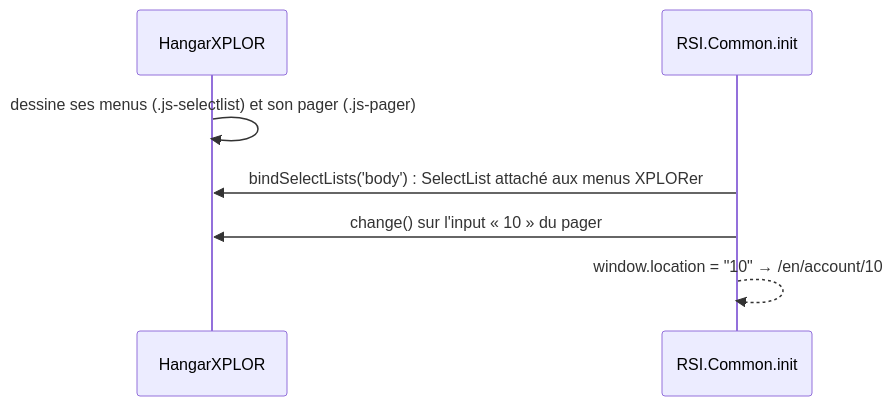
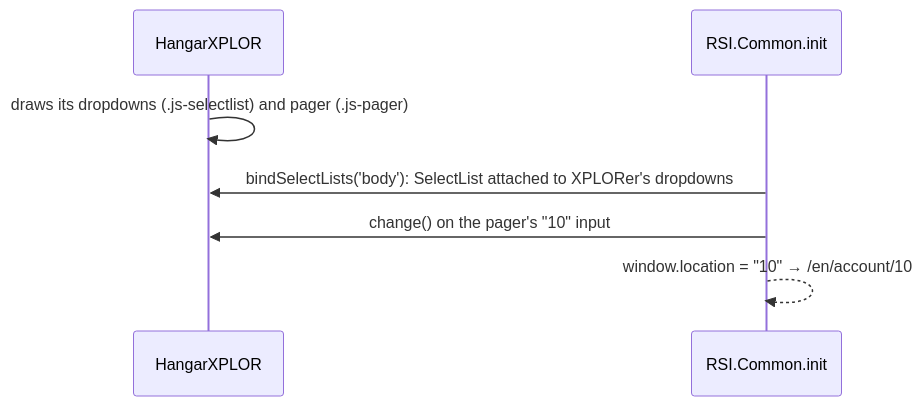
Before and after one commit to Sckriva/HangarXPLOR: the second of 4 diagrams in README.md, drawn with Mermaid. The commit also changed other lines of this file and 1 other file, not shown here.

````diff
--- a/README.md
+++ b/README.md
@@ -92,9 +96,9 @@
 ```mermaid
 sequenceDiagram
     participant X as HangarXPLOR
     participant R as RSI.Common.init
-    X->>X: dessine ses menus (.js-selectlist) et son pager (.js-pager)
-    R->>X: bindSelectLists('body') : SelectList attaché aux menus XPLORer
-    R->>X: change() sur l'input « 10 » du pager
+    X->>X: draws its dropdowns (.js-selectlist) and pager (.js-pager)
+    R->>X: bindSelectLists('body'): SelectList attached to XPLORer's dropdowns
+    R->>X: change() on the pager's "10" input
     R-->>R: window.location = "10" → /en/account/10
 ```
````
